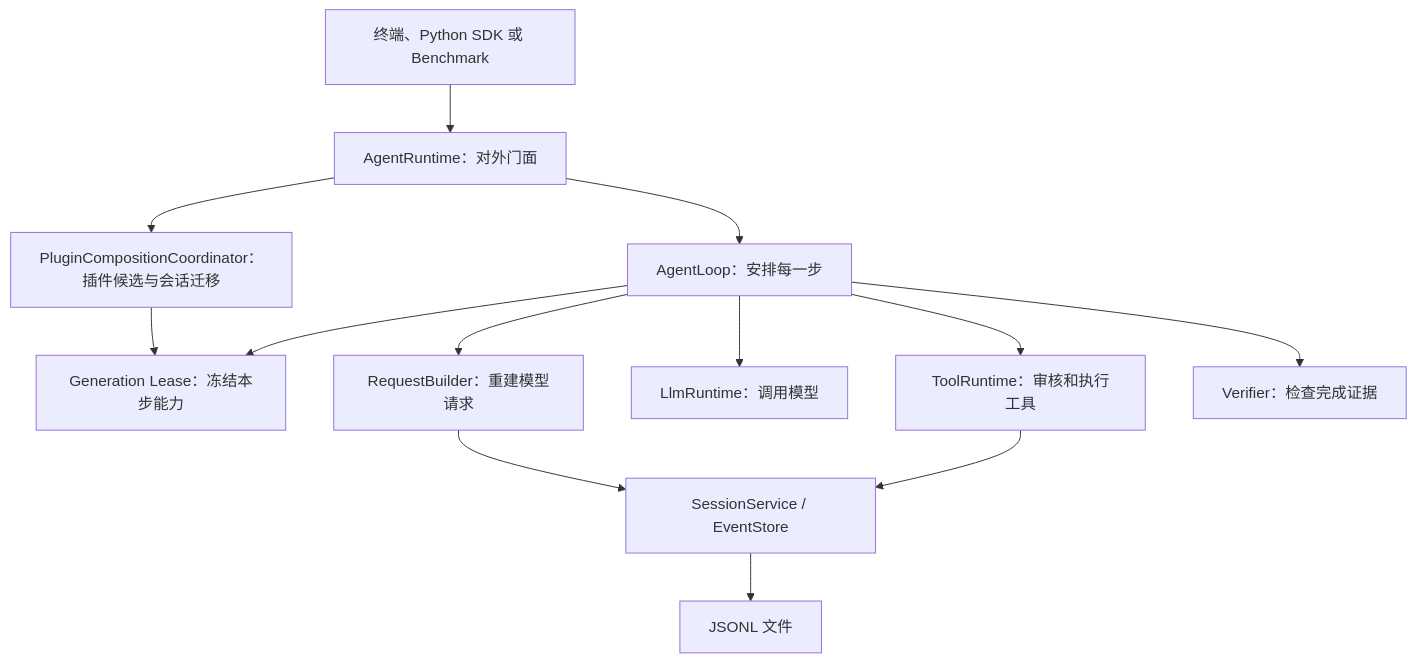
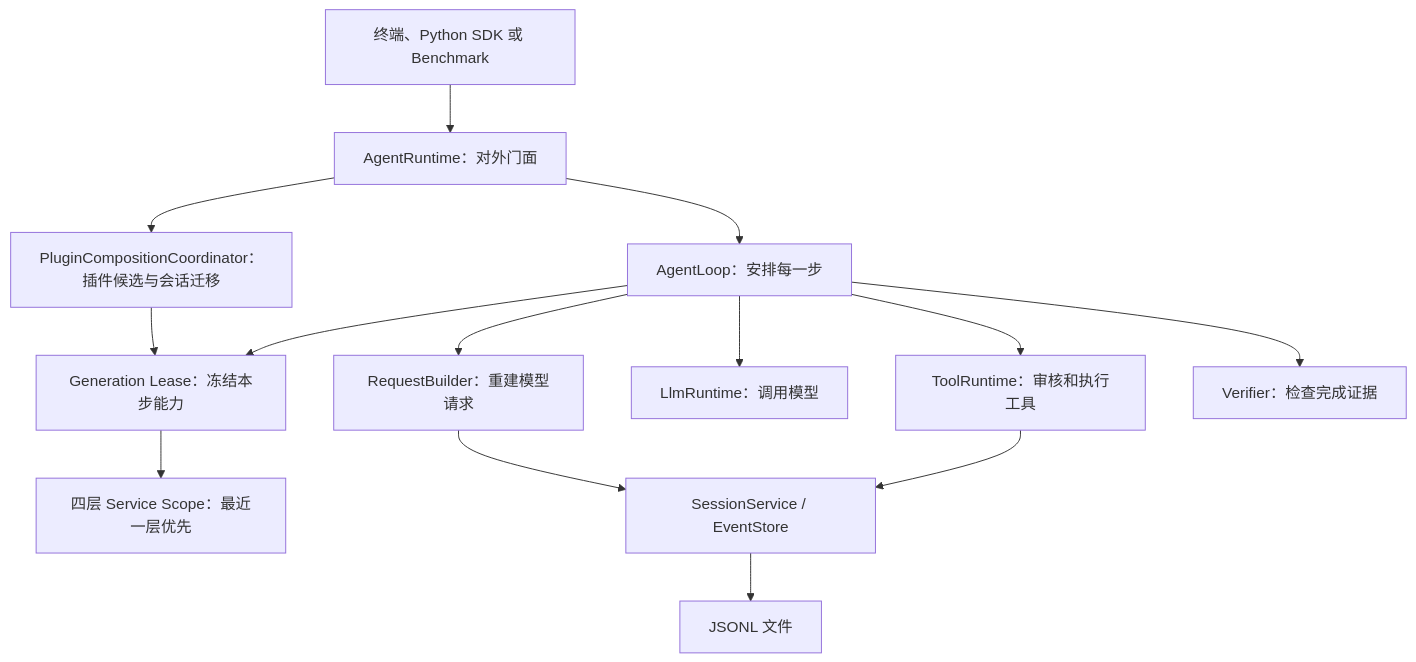
Before and after one commit to uboyme/traceHarness: the second of 9 diagrams in docs/note/project-context-plain-zh.md, drawn with Mermaid. The commit also changed other lines of this file and 21 other files, not shown here.

````diff
--- a/docs/note/project-context-plain-zh.md
+++ b/docs/note/project-context-plain-zh.md
@@ -155,15 +157,16 @@
 ```mermaid
 flowchart TD
     ENTRY["终端、Python SDK 或 Benchmark"] --> FACADE["AgentRuntime：对外门面"]
     FACADE --> CONTROL["PluginCompositionCoordinator：插件候选与会话迁移"]
     FACADE --> LOOP["AgentLoop：安排每一步"]
     CONTROL --> COMP
     LOOP --> COMP["Generation Lease：冻结本步能力"]
+    COMP --> SCOPE["四层 Service Scope：最近一层优先"]
     LOOP --> REQUEST["RequestBuilder：重建模型请求"]
     LOOP --> LLM["LlmRuntime：调用模型"]
     LOOP --> TOOLS["ToolRuntime：审核和执行工具"]
     LOOP --> VERIFIER["Verifier：检查完成证据"]
     REQUEST --> EVENTS["SessionService / EventStore"]
     TOOLS --> EVENTS
     EVENTS --> FILES["JSONL 文件"]
 ```
````
